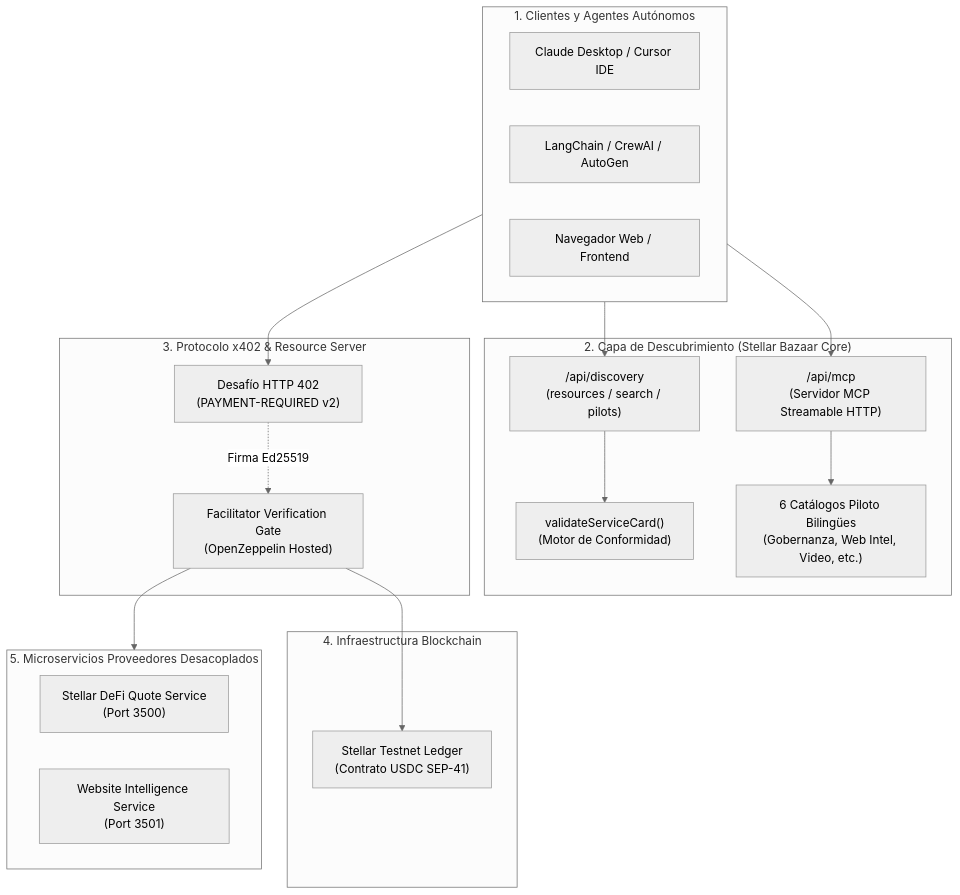
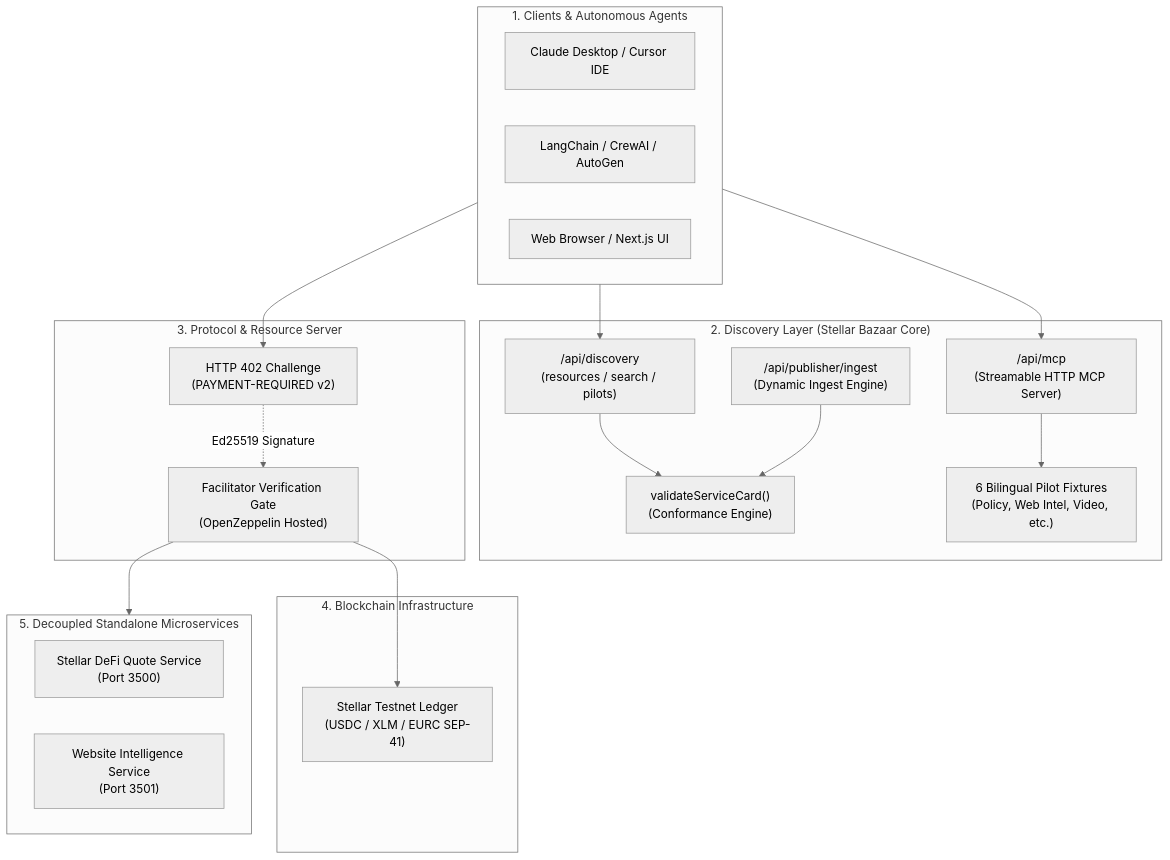
The first of 2 diagrams in README.md (CaBsCrypto/stellar-bazaar-x402), drawn with Mermaid (neutral theme) before and after one commit. The commit also changed other lines of this file and 1 other file, not shown here.

````diff
--- a/README.md
+++ b/README.md
@@ -42,39 +49,41 @@
 ```mermaid
 flowchart TD
-    subgraph Clients["1. Clientes y Agentes Autónomos"]
+    subgraph Clients["1. Clients & Autonomous Agents"]
         Claude["Claude Desktop / Cursor IDE"]
         LangChain["LangChain / CrewAI / AutoGen"]
-        WebUI["Navegador Web / Frontend"]
+        WebUI["Web Browser / Next.js UI"]
     end
 
-    subgraph Bazaar["2. Capa de Descubrimiento (Stellar Bazaar Core)"]
-        MCPServer["/api/mcp<br/>(Servidor MCP Streamable HTTP)"]
+    subgraph Bazaar["2. Discovery Layer (Stellar Bazaar Core)"]
+        MCPServer["/api/mcp<br/>(Streamable HTTP MCP Server)"]
         RESTDiscovery["/api/discovery<br/>(resources / search / pilots)"]
-        Validator["validateServiceCard()<br/>(Motor de Conformidad)"]
-        PilotCatalog["6 Catálogos Piloto Bilingües<br/>(Gobernanza, Web Intel, Video, etc.)"]
+        Validator["validateServiceCard()<br/>(Conformance Engine)"]
+        DynamicRegistry["/api/publisher/ingest<br/>(Dynamic Ingest Engine)"]
+        PilotCatalog["6 Bilingual Pilot Fixtures<br/>(Policy, Web Intel, Video, etc.)"]
     end
 
-    subgraph x402Layer["3. Protocolo x402 & Resource Server"]
-        Challenge402["Desafío HTTP 402<br/>(PAYMENT-REQUIRED v2)"]
+    subgraph x402Layer["3. Protocol & Resource Server"]
+        Challenge402["HTTP 402 Challenge<br/>(PAYMENT-REQUIRED v2)"]
         FacilitatorGate["Facilitator Verification Gate<br/>(OpenZeppelin Hosted)"]
     end
 
-    subgraph Settlement["4. Infraestructura Blockchain"]
-        Testnet["Stellar Testnet Ledger<br/>(Contrato USDC SEP-41)"]
+    subgraph Settlement["4. Blockchain Infrastructure"]
+        Testnet["Stellar Testnet Ledger<br/>(USDC / XLM / EURC SEP-41)"]
     end
 
-    subgraph Providers["5. Microservicios Proveedores Desacoplados"]
+    subgraph Providers["5. Decoupled Standalone Microservices"]
         DeFiService["Stellar DeFi Quote Service<br/>(Port 3500)"]
         WebIntelService["Website Intelligence Service<br/>(Port 3501)"]
     end
 
     Clients --> MCPServer
     Clients --> RESTDiscovery
     RESTDiscovery --> Validator
     MCPServer --> PilotCatalog
+    DynamicRegistry --> Validator
 
     Clients --> Challenge402
-    Challenge402 -. "Firma Ed25519" .-> FacilitatorGate
+    Challenge402 -. "Ed25519 Signature" .-> FacilitatorGate
     FacilitatorGate --> Testnet
     FacilitatorGate --> Providers
 ```
````
